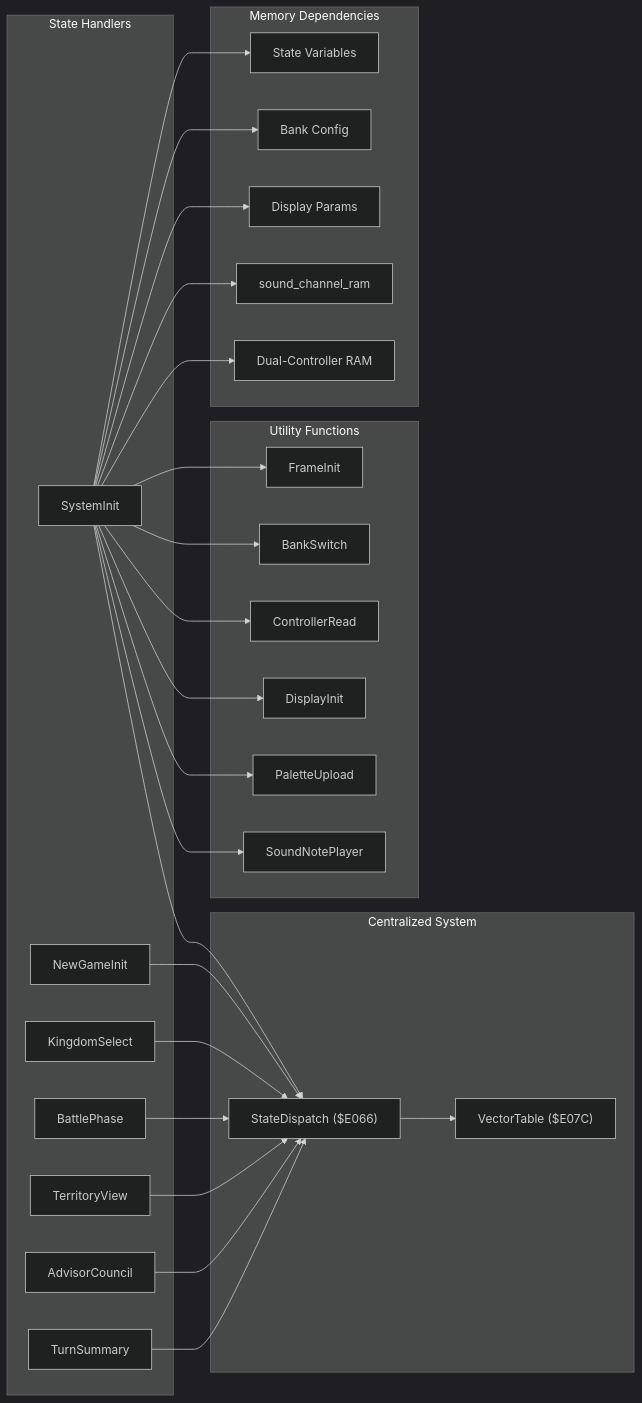
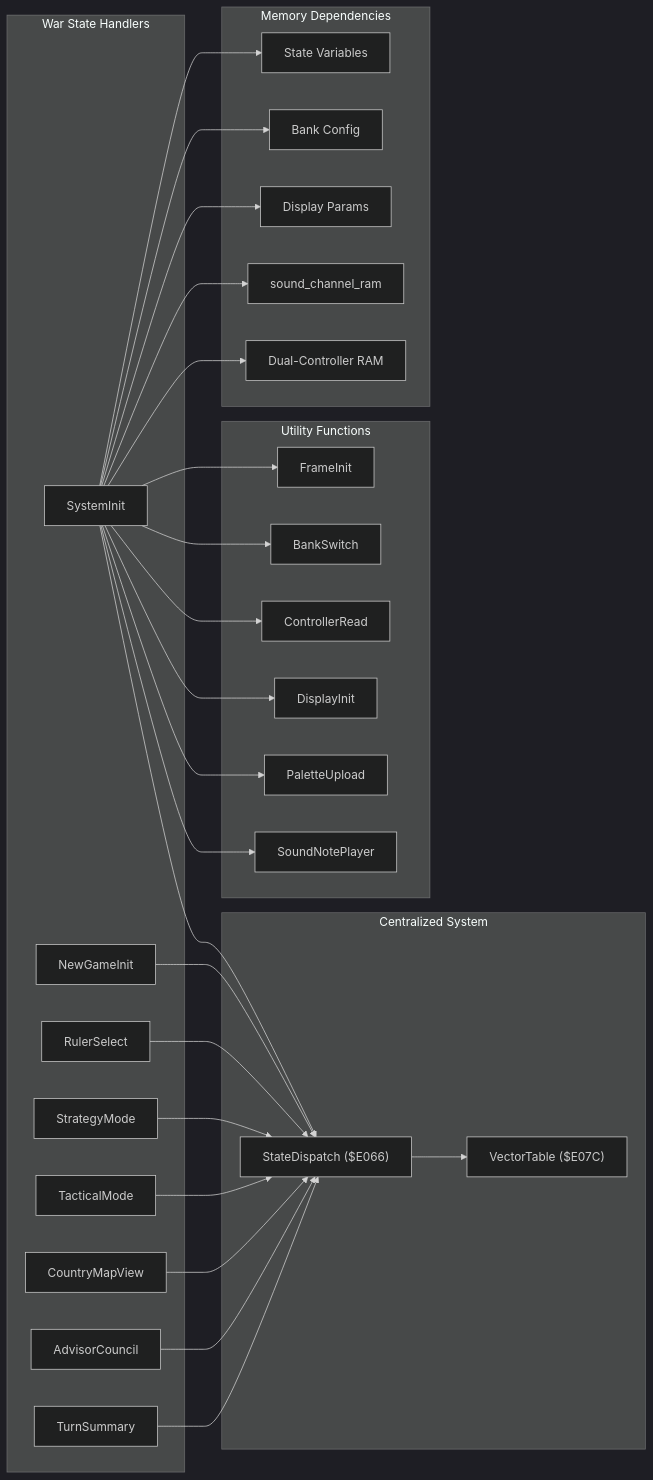
One commit to rabbyzero/sango2dasm changed the fourth of 5 diagrams in .qoder/repowiki/en/content/Game State Management/Game State Management.md. Above: the diagram before and after it, drawn with Mermaid (dark theme). The commit also changed other lines of this file and 11 other files, not shown here.

````diff
--- a/.qoder/repowiki/en/content/Game State Management/Game State Management.md
+++ b/.qoder/repowiki/en/content/Game State Management/Game State Management.md
@@ -311,50 +265,52 @@
 ```mermaid
 graph LR
 subgraph "Centralized System"
 StateDispatch["StateDispatch ($E066)"]
 VectorTable["VectorTable ($E07C)"]
 end
-subgraph "State Handlers"
+subgraph "War State Handlers"
 State0["SystemInit"]
 State1["NewGameInit"]
-State3["KingdomSelect"]
-State7["BattlePhase"]
-State9["TerritoryView"]
+State3["RulerSelect"]
+State5["StrategyMode"]
+State7["TacticalMode"]
+State9["CountryMapView"]
 State11["AdvisorCouncil"]
 State13["TurnSummary"]
 end
 subgraph "Utility Functions"
 FrameInit["FrameInit"]
 BankSwitch["BankSwitch"]
 ControllerRead["ControllerRead"]
 DisplayInit["DisplayInit"]
 PaletteUpload["PaletteUpload"]
 SoundNotePlayer["SoundNotePlayer"]
 end
 subgraph "Memory Dependencies"
 StateVars["State Variables"]
 BankConfig["Bank Config"]
 DisplayParams["Display Params"]
 SoundRAM["sound_channel_ram"]
 ControllerRAM["Dual-Controller RAM"]
 end
 State0 --> StateDispatch
 State1 --> StateDispatch
 State3 --> StateDispatch
+State5 --> StateDispatch
 State7 --> StateDispatch
 State9 --> StateDispatch
 State11 --> StateDispatch
 State13 --> StateDispatch
 StateDispatch --> VectorTable
 State0 --> FrameInit
 State0 --> BankSwitch
 State0 --> ControllerRead
 State0 --> DisplayInit
 State0 --> PaletteUpload
 State0 --> SoundNotePlayer
 State0 --> StateVars
 State0 --> BankConfig
 State0 --> DisplayParams
 State0 --> SoundRAM
 State0 --> ControllerRAM
 ```
````
